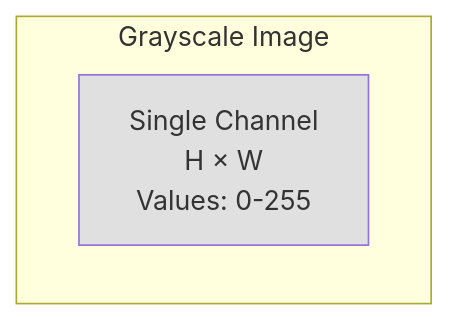
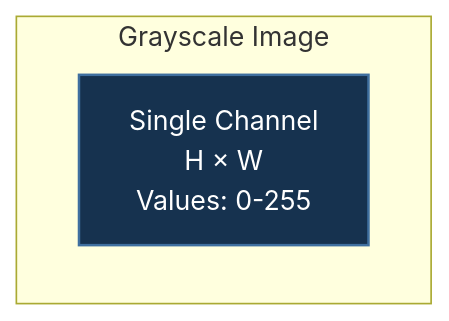
The fourth of 14 diagrams in docusaurus-docs/docs/tutorials/basic/convnet.md (yiqiao-yin/deepspeed-course), drawn with Mermaid before and after one commit. The commit also changed other lines of this file and 12 other files, not shown here.

````diff
--- a/docusaurus-docs/docs/tutorials/basic/convnet.md
+++ b/docusaurus-docs/docs/tutorials/basic/convnet.md
@@ -189,8 +189,8 @@
 ```mermaid
 flowchart TB
     subgraph "Grayscale Image"
         G["Single Channel<br/>H × W<br/>Values: 0-255"]
     end
 
-    style G fill:#e0e0e0
+    style G fill:#16324f,stroke:#3f6f9f,stroke-width:1.5px,color:#ffffff
 ```
````
